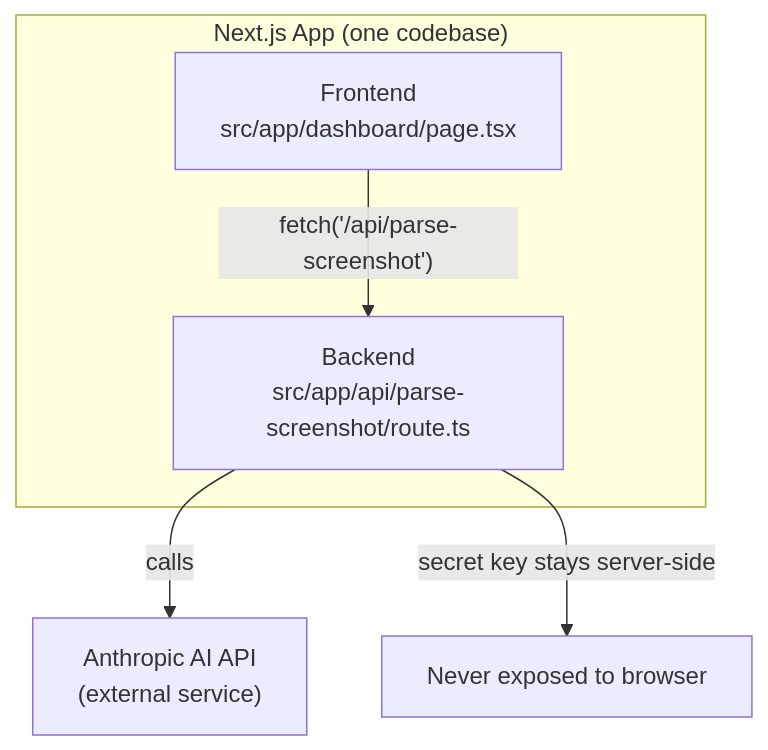
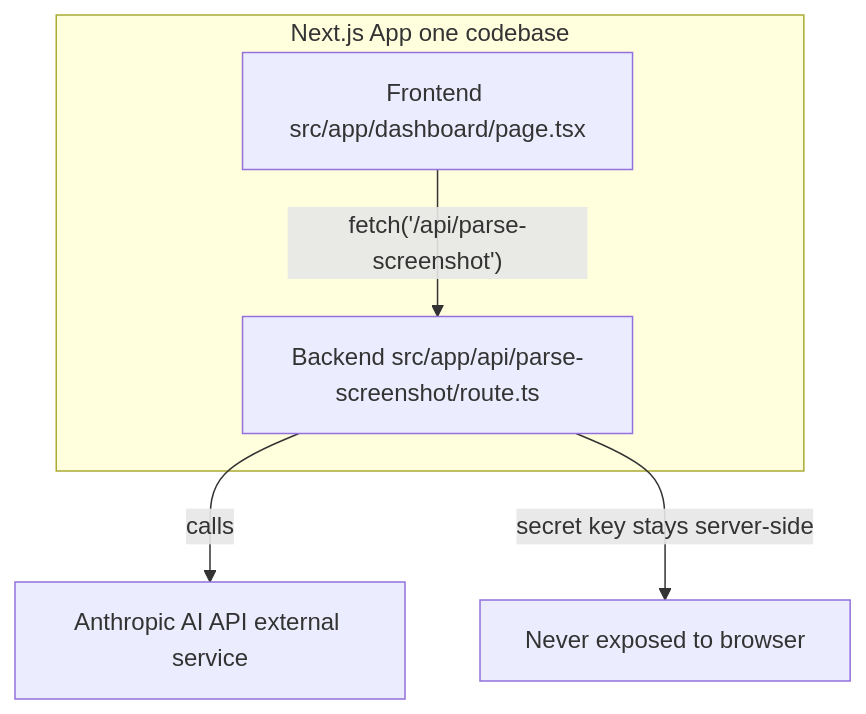
Before and after one commit to wongjinar-ai/expample: the third of 7 diagrams in learning/02-backend.md, drawn with Mermaid. The commit also changed other lines of this file and 16 other files, not shown here.

````diff
--- a/learning/02-backend.md
+++ b/learning/02-backend.md
@@ -95,10 +95,10 @@
 ```mermaid
-graph TD
-    subgraph NextJS["Next.js App (one codebase)"]
-        FE["Frontend\nsrc/app/dashboard/page.tsx"]
-        BE["Backend\nsrc/app/api/parse-screenshot/route.ts"]
+flowchart TD
+    subgraph NextJS[Next.js App one codebase]
+        FE[Frontend src/app/dashboard/page.tsx]
+        BE[Backend src/app/api/parse-screenshot/route.ts]
     end
     FE -->|"fetch('/api/parse-screenshot')"| BE
-    BE -->|"calls"| Anthropic["Anthropic AI API\n(external service)"]
-    BE -->|"secret key stays server-side"| Safe["Never exposed to browser"]
+    BE -->|"calls"| Anthropic[Anthropic AI API external service]
+    BE -->|"secret key stays server-side"| Safe[Never exposed to browser]
 ```
````
